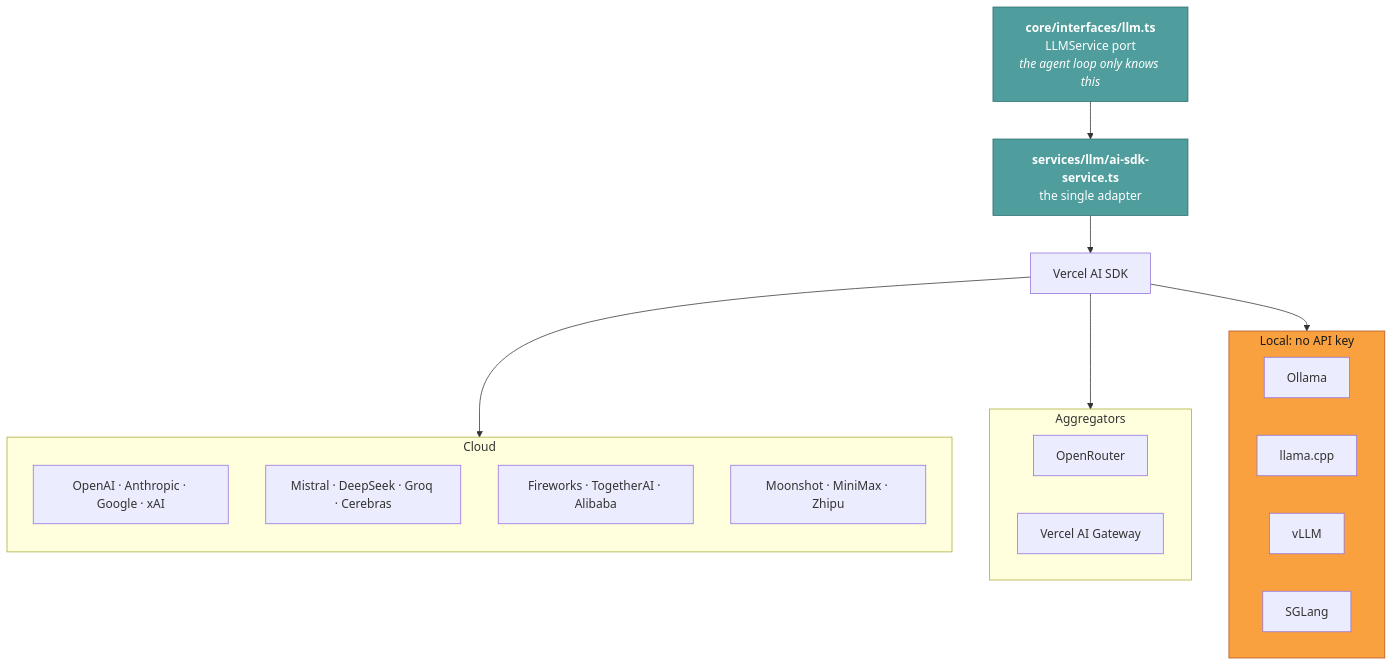
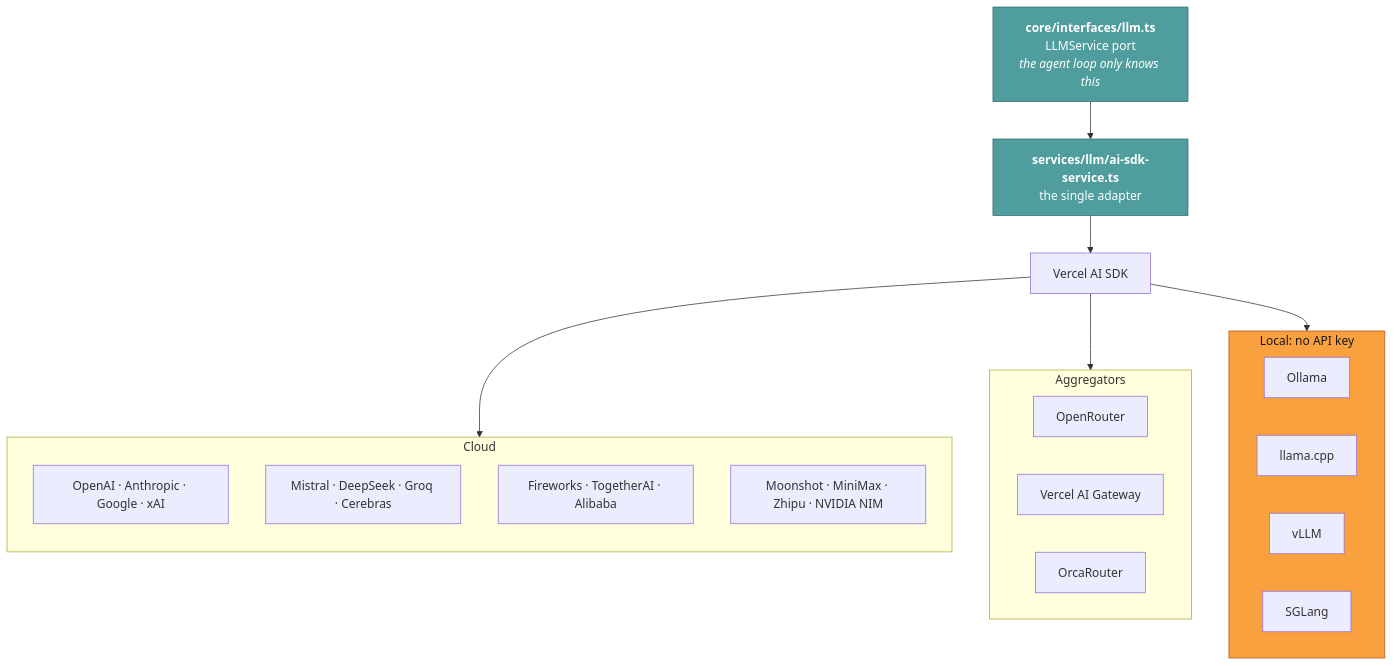
Before and after one commit to lvndry/jazz: the first of 3 diagrams in docs/maintainers/add-a-provider.md, drawn with Mermaid. The commit also changed other lines of this file and 18 other files, not shown here.

First line of the commit message:
feat(llm): add NVIDIA NIM provider with vendor-neutral reasoning controls (#666)

````diff
--- a/docs/maintainers/add-a-provider.md
+++ b/docs/maintainers/add-a-provider.md
@@ -22,36 +22,37 @@
 ```mermaid
 flowchart TB
     CORE["<b>core/interfaces/llm.ts</b><br/>LLMService port<br/><i>the agent loop only knows this</i>"]
     IMPL["<b>services/llm/ai-sdk-service.ts</b><br/>the single adapter"]
     SDK["Vercel AI SDK"]
 
     subgraph cloud["Cloud"]
         direction TB
         C1["OpenAI · Anthropic · Google · xAI"]
         C2["Mistral · DeepSeek · Groq · Cerebras"]
         C3["Fireworks · TogetherAI · Alibaba"]
-        C4["Moonshot · MiniMax · Zhipu"]
+        C4["Moonshot · MiniMax · Zhipu · NVIDIA NIM"]
     end
 
     subgraph aggregators["Aggregators"]
         A1["OpenRouter"]
         A2["Vercel AI Gateway"]
+        A3["OrcaRouter"]
     end
 
     subgraph local["Local: no API key"]
         L1["Ollama"]
         L2["llama.cpp"]
         L3["vLLM"]
         L4["SGLang"]
     end
 
     CORE --> IMPL --> SDK
     SDK --> cloud
     SDK --> aggregators
     SDK --> local
 
     classDef core fill:#4f9d9d,stroke:#2f6d6d,color:#ffffff
     classDef free fill:#f9a03f,stroke:#b3541e,color:#1a1a1a
     class CORE,IMPL core
     class local free
 ```
````
